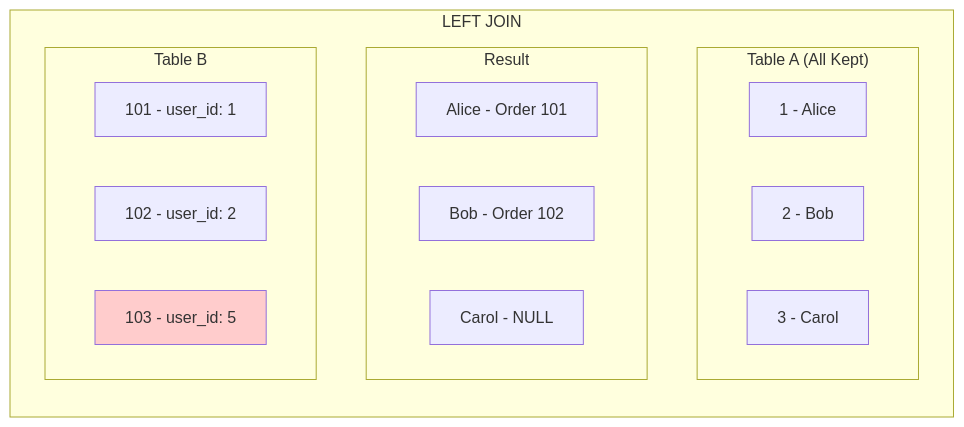
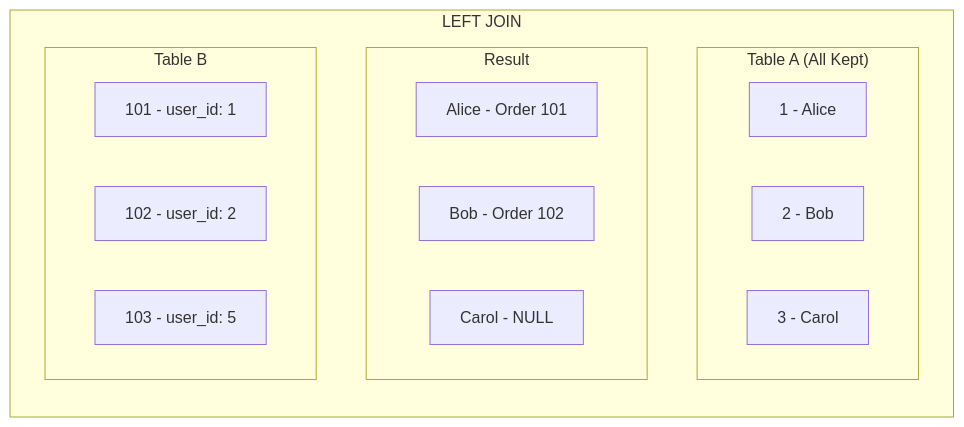
The fourth of 11 diagrams in src/docs/sql/fundamentals/joins.mdx (ImRLopezAG/dev-docs), drawn with Mermaid before and after one commit. The commit also changed other lines of this file and 37 other files, not shown here.

First line of the commit message:
feat: enhance documentation with mermaid diagrams and improve JSON handling in Vite config

````diff
--- a/src/docs/sql/fundamentals/joins.mdx
+++ b/src/docs/sql/fundamentals/joins.mdx
@@ -94,22 +95,22 @@
 ```mermaid
+
 flowchart LR
     subgraph "LEFT JOIN"
         direction TB
         subgraph "Table A (All Kept)"
             A1[1 - Alice]
             A2[2 - Bob]
             A3[3 - Carol]
         end
         subgraph "Result"
             R1[Alice - Order 101]
             R2[Bob - Order 102]
             R3[Carol - NULL]
         end
         subgraph "Table B"
             B1[101 - user_id: 1]
             B2[102 - user_id: 2]
             B3[103 - user_id: 5]
         end
     end
-    style B3 fill:#ffcccc
 ```
````
